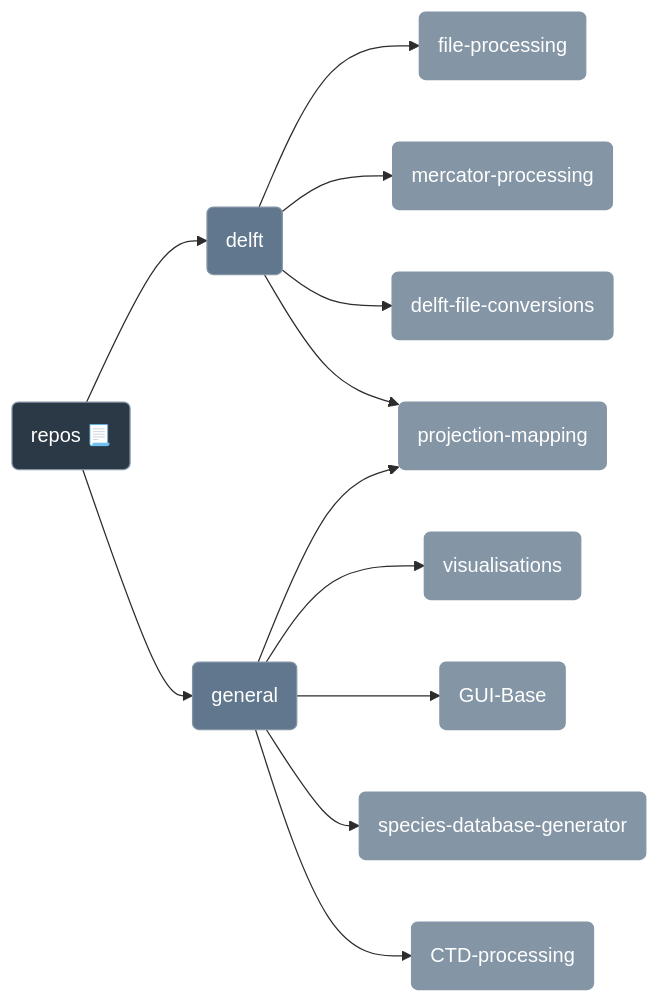
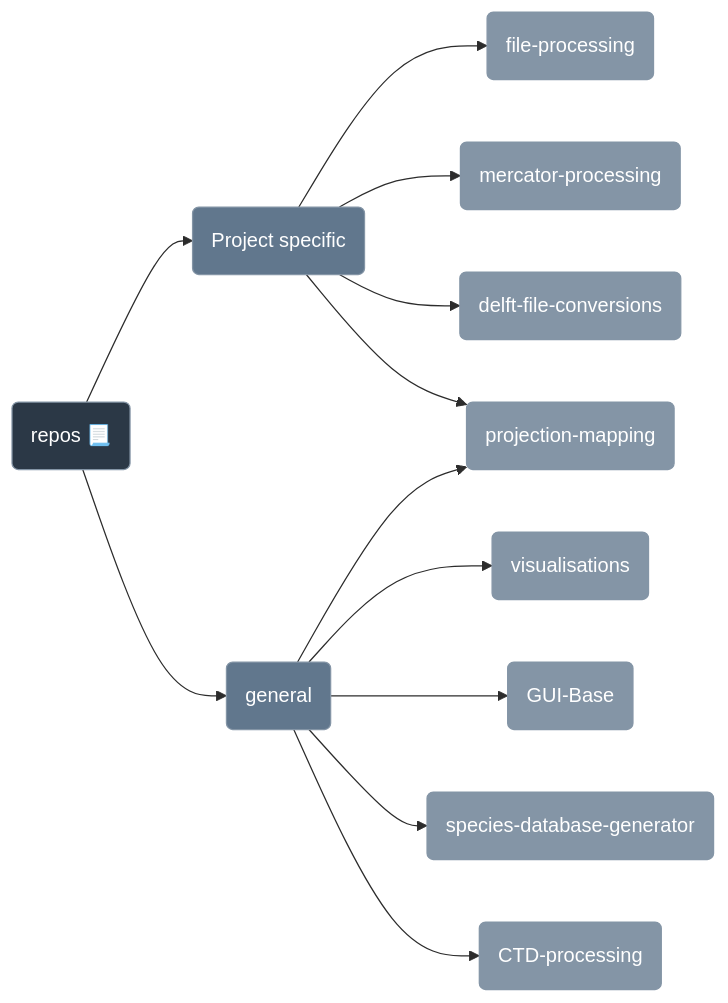
One commit to Anchor-Environmental/.github changed the diagram in profile/README.md. Above: the diagram before and after it, drawn with Mermaid.

````diff
--- a/profile/README.md
+++ b/profile/README.md
@@ -50,26 +50,26 @@
 ```mermaid
 %%{init: {'theme':'base', 'themeVariables': {
       'primaryColor': '#61778d',
       'primaryTextColor': '#fff',
       'primaryBorderColor': '#8495a6',
       'lineColor': '#2c2c2c',
       'secondaryColor': '#8495a6',
       'tertiaryColor': '#8495a6'
     }}}%%
 flowchart LR
   A(repos 📃):::layer0-->B(Project specific):::layer1
-  B(delft)-->C(file-processing):::layer2
+  B(Project specific)-->C(file-processing):::layer2
   B-->J(mercator-processing):::layer2
   B-->E(delft-file-conversions):::layer2
   B-->D(projection-mapping):::layer2
   A(repos 📃)-->F(general):::layer1
   F-->G(visualisations):::layer2
   F-->D(projection-mapping):::layer2
   F-->I(GUI-Base):::layer2
   F-->K(species-database-generator):::layer2
   F-->L(CTD-processing):::layer2
 
  classDef layer0 fill:#2b3846
  classDef layer1 fill:#61778d
  classDef layer2 fill:#8495a6
 ```
````
